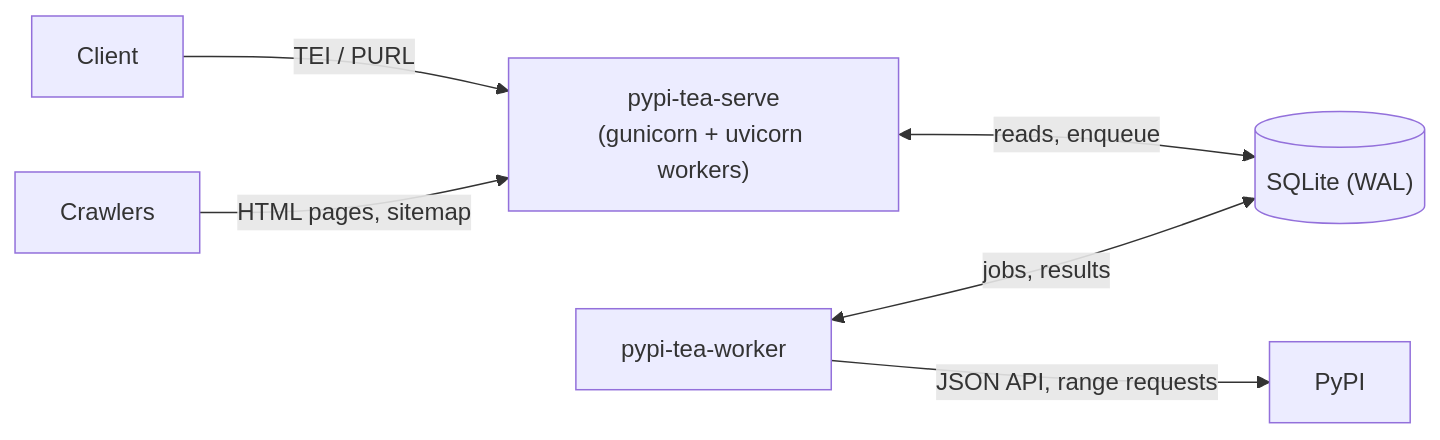
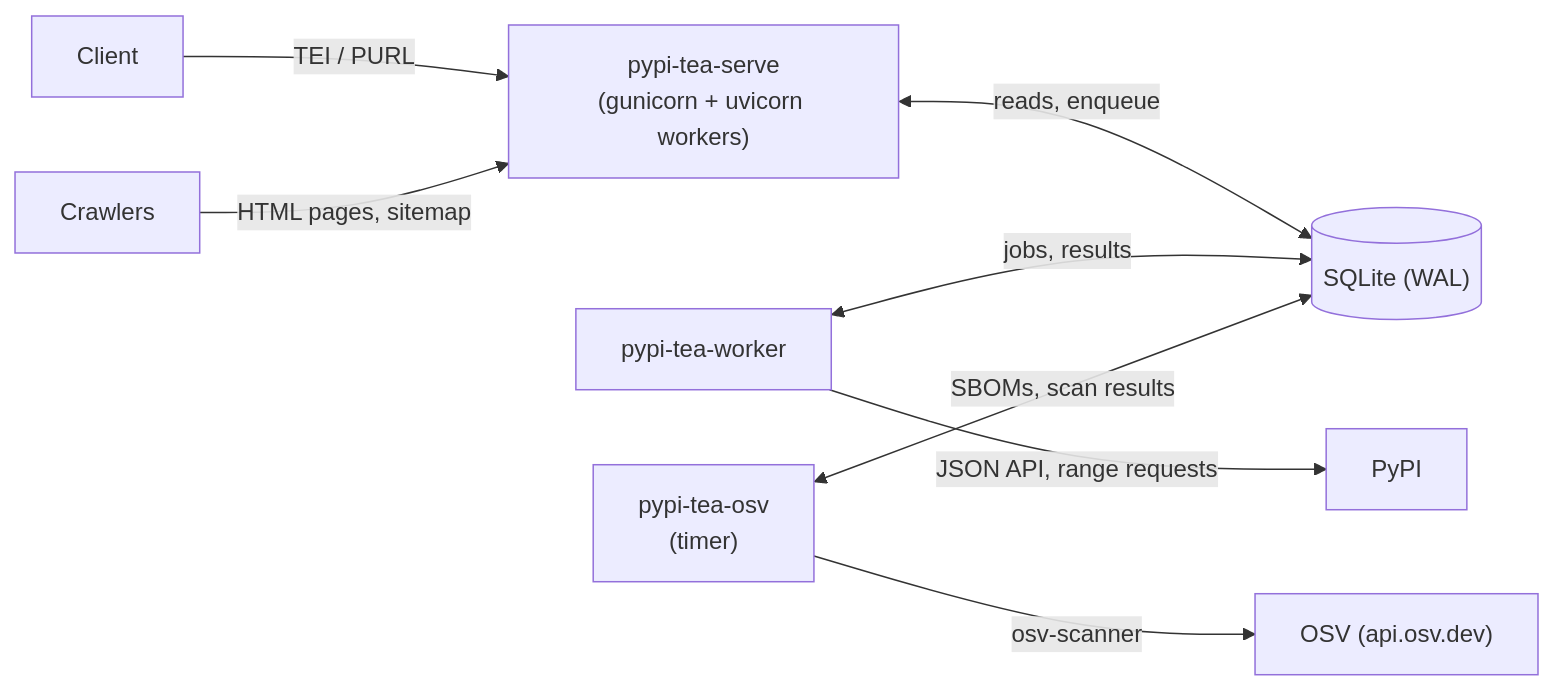
The diagram in README.md (sbomify/pypi-tea), drawn with Mermaid before and after one commit. The commit also changed other lines of this file and 15 other files, not shown here.

First line of the commit message:
Scan stored SBOMs for known vulnerabilities with osv-scanner

````diff
--- a/README.md
+++ b/README.md
@@ -25,8 +26,10 @@
 ```mermaid
 graph LR
     Client -->|TEI / PURL| API["pypi-tea-serve<br/>(gunicorn + uvicorn workers)"]
     Crawler["Crawlers"] -->|HTML pages, sitemap| API
     API <-->|reads, enqueue| DB[("SQLite (WAL)")]
     Worker["pypi-tea-worker"] <-->|jobs, results| DB
     Worker -->|JSON API, range requests| PyPI
+    Scan["pypi-tea-osv<br/>(timer)"] <-->|SBOMs, scan results| DB
+    Scan -->|osv-scanner| OSV["OSV (api.osv.dev)"]
 ```
````
